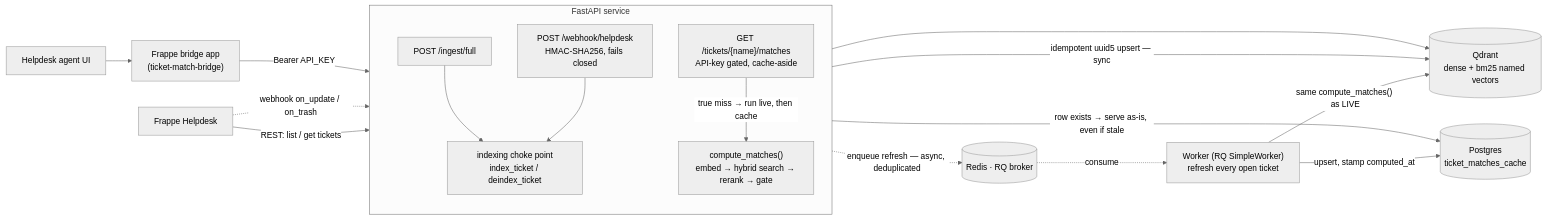
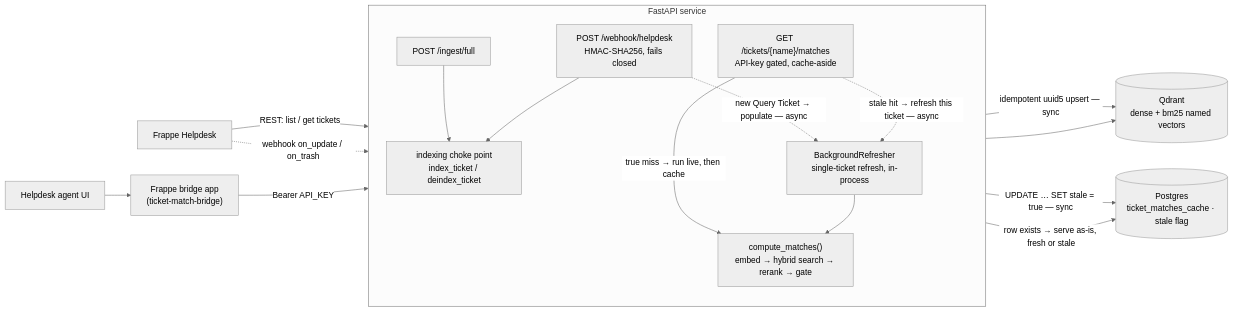
The diagram in README.md (arunjoyt/ticket-match-rag), drawn with Mermaid (neutral theme) before and after one commit. The commit also changed other lines of this file and 22 other files, not shown here.

````diff
--- a/README.md
+++ b/README.md
@@ -28,36 +28,35 @@
 ```mermaid
 flowchart LR
     HD["Frappe Helpdesk"]
     BRIDGE["Frappe bridge app<br/>(ticket-match-bridge)"]
     HDUI["Helpdesk agent UI"]
 
     subgraph API["FastAPI service"]
         direction TB
         INGEST["POST /ingest/full"]
         HOOK["POST /webhook/helpdesk<br/>HMAC-SHA256, fails closed"]
         IDX["indexing choke point<br/>index_ticket / deindex_ticket"]
         MATCHES["GET /tickets/{name}/matches<br/>API-key gated, cache-aside"]
         LIVE["compute_matches()<br/>embed → hybrid search → rerank → gate"]
+        BGT["BackgroundRefresher<br/>single-ticket refresh, in-process"]
     end
 
     QD[(Qdrant<br/>dense + bm25 named vectors)]
-    PG[(Postgres<br/>ticket_matches_cache)]
-    RQ[(Redis · RQ broker)]
-    WORKER["Worker (RQ SimpleWorker)<br/>refresh every open ticket"]
+    PG[(Postgres<br/>ticket_matches_cache · stale flag)]
 
     HD -- "REST: list / get tickets" --> INGEST
     HD -. "webhook on_update / on_trash" .-> HOOK
     INGEST --> IDX
     HOOK --> IDX
     IDX -- "idempotent uuid5 upsert — sync" --> QD
-    IDX -. "enqueue refresh — async, deduplicated" .-> RQ
-    RQ -. "consume" .-> WORKER
-    WORKER -- "same compute_matches() as LIVE" --> QD
-    WORKER -- "upsert, stamp computed_at" --> PG
+    IDX -- "UPDATE … SET stale = true — sync" --> PG
+    HOOK -. "new Query Ticket → populate — async" .-> BGT
 
     HDUI --> BRIDGE
     BRIDGE -- "Bearer API_KEY" --> MATCHES
-    MATCHES -- "row exists → serve as-is, even if stale" --> PG
+    MATCHES -- "row exists → serve as-is, fresh or stale" --> PG
     MATCHES -- "true miss → run live, then cache" --> LIVE
+    MATCHES -. "stale hit → refresh this ticket — async" .-> BGT
+    BGT --> LIVE
     LIVE --> QD
 ```
````
